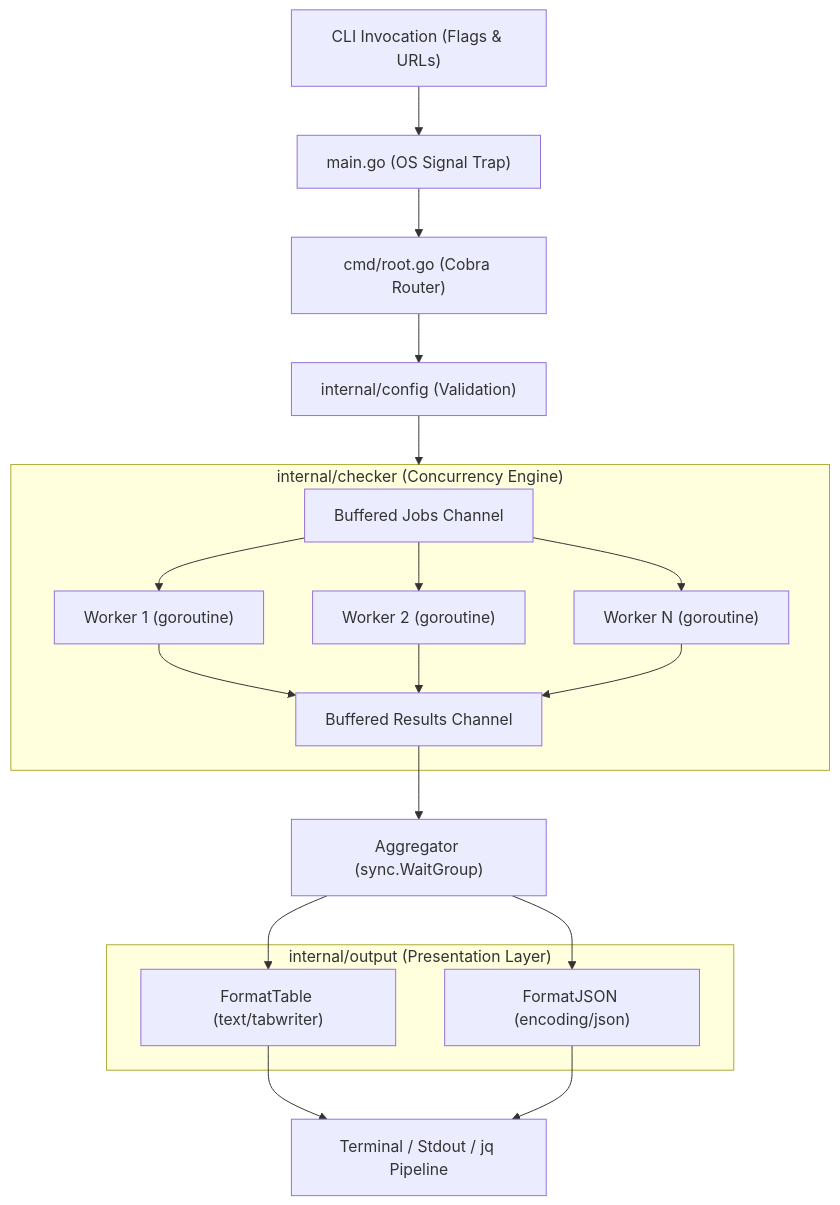
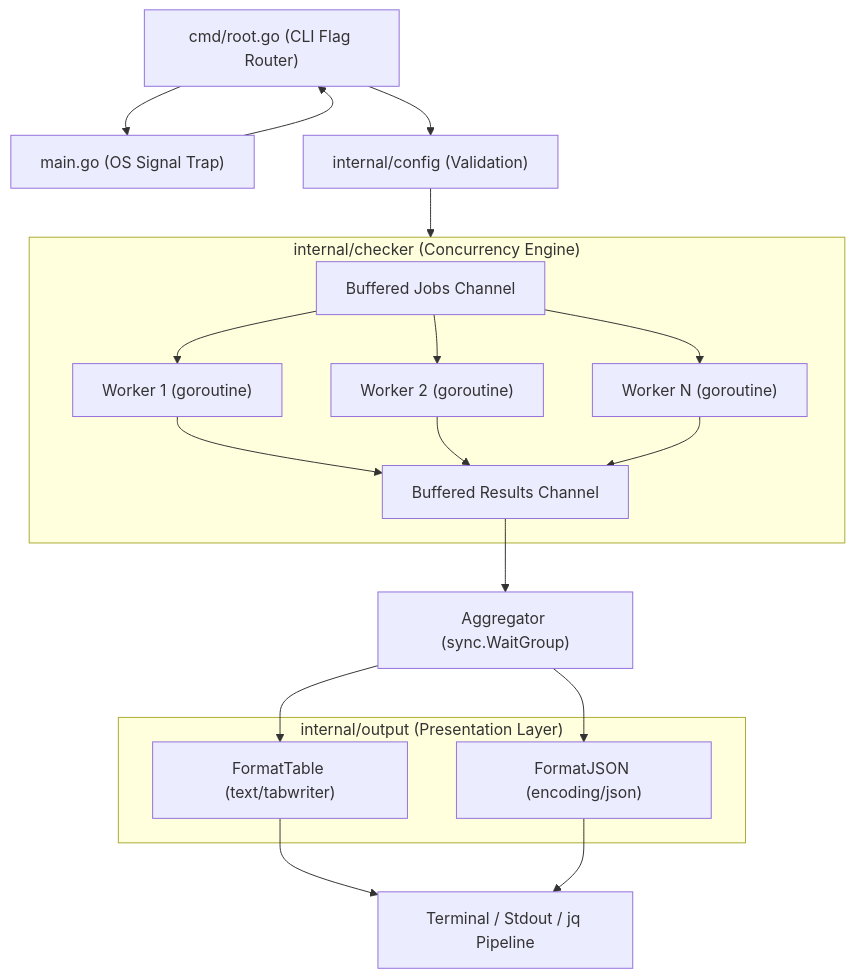
The diagram in README.md (cllong15/axon-cli), drawn with Mermaid before and after one commit. The commit also changed other lines of this file and 5 other files, not shown here.

First line of the commit message:
refactor(cmd): replace cobra with native go standard library flag package

````diff
--- a/README.md
+++ b/README.md
@@ -25,28 +25,28 @@
 ```mermaid
 flowchart TD
     CLI["CLI Invocation (Flags & URLs)"] --> Main["main.go (OS Signal Trap)"]
-    Main --> Cobra["cmd/root.go (Cobra Router)"]
-    Cobra --> Config["internal/config (Validation)"]
+    Main --> CLI["cmd/root.go (CLI Flag Router)"]
+    CLI --> Config["internal/config (Validation)"]
     
     subgraph Engine ["internal/checker (Concurrency Engine)"]
         Jobs["Buffered Jobs Channel"]
         W1["Worker 1 (goroutine)"]
         W2["Worker 2 (goroutine)"]
         WN["Worker N (goroutine)"]
         Results["Buffered Results Channel"]
         
         Jobs --> W1 & W2 & WN
         W1 & W2 & WN --> Results
     end
     
     Config --> Engine
     Results --> Aggregator["Aggregator (sync.WaitGroup)"]
     
     subgraph Output ["internal/output (Presentation Layer)"]
         Table["FormatTable (text/tabwriter)"]
         JSON["FormatJSON (encoding/json)"]
     end
     
     Aggregator --> Table & JSON
     Table & JSON --> Terminal["Terminal / Stdout / jq Pipeline"]
 ```
````
